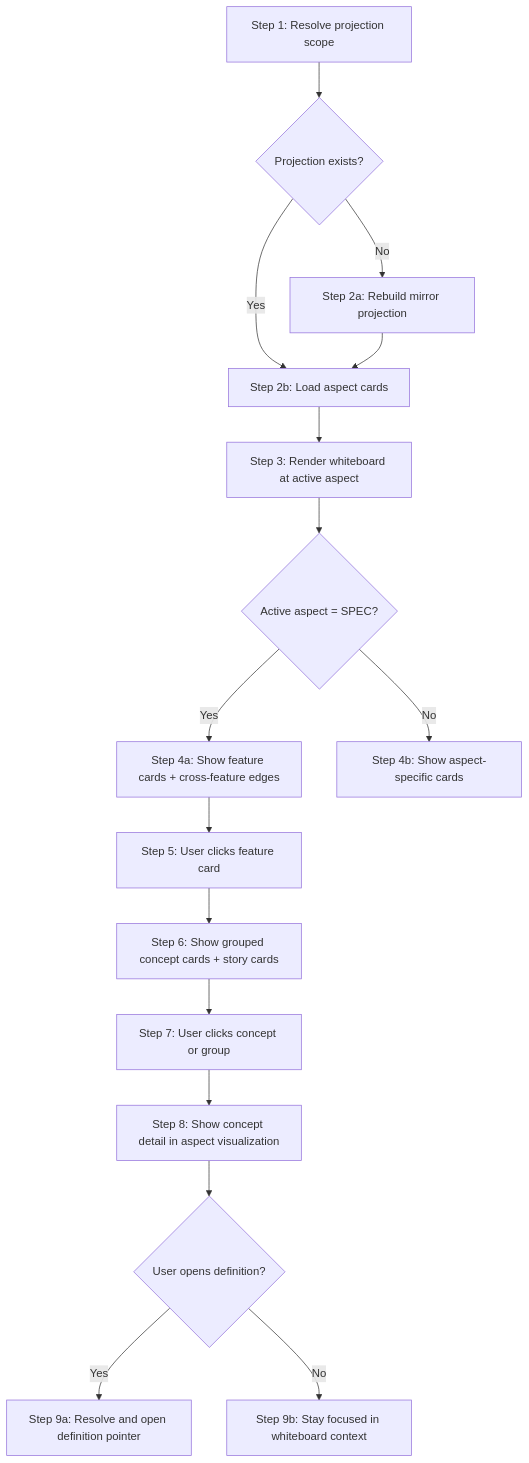
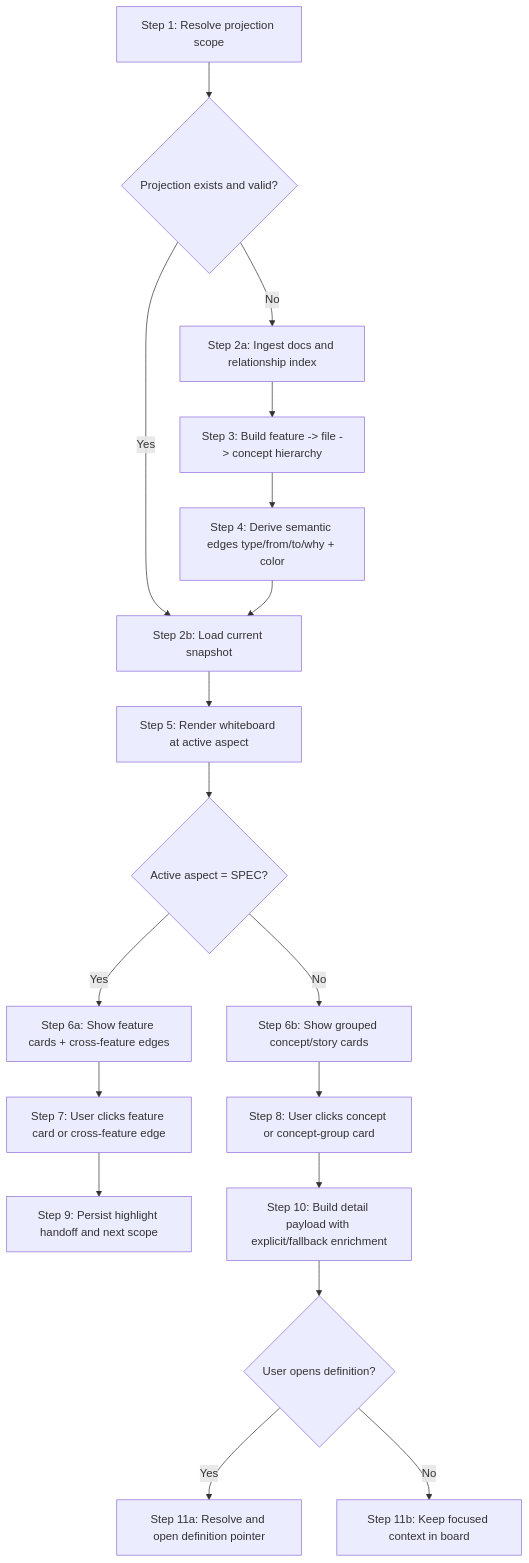
One commit to cyberAlchemyAI/domainspec changed the diagram in docs/features/knowledge-graph-visualization/workflows.md. Above: the diagram before and after it, drawn with Mermaid. The commit also changed other lines of this file and 85 other files, not shown here.

````diff
--- a/docs/features/knowledge-graph-visualization/workflows.md
+++ b/docs/features/knowledge-graph-visualization/workflows.md
@@ -13,18 +22,20 @@
 ```mermaid
 graph TD
-    A[Step 1: Resolve projection scope] --> B{Projection exists?}
-    B -->|No| C[Step 2a: Rebuild mirror projection]
-    B -->|Yes| D[Step 2b: Load aspect cards]
-    C --> D
-    D --> E[Step 3: Render whiteboard at active aspect]
-    E --> F{Active aspect = SPEC?}
-    F -->|Yes| G[Step 4a: Show feature cards + cross-feature edges]
-    F -->|No| H[Step 4b: Show aspect-specific cards]
-    G --> I[Step 5: User clicks feature card]
-    I --> J[Step 6: Show grouped concept cards + story cards]
-    J --> K[Step 7: User clicks concept or group]
-    K --> L[Step 8: Show concept detail in aspect visualization]
-    L --> M{User opens definition?}
-    M -->|Yes| N[Step 9a: Resolve and open definition pointer]
-    M -->|No| O[Step 9b: Stay focused in whiteboard context]
+    A[Step 1: Resolve projection scope] --> B{Projection exists and valid?}
+    B -->|No| C[Step 2a: Ingest docs and relationship index]
+    B -->|Yes| D[Step 2b: Load current snapshot]
+    C --> E[Step 3: Build feature -> file -> concept hierarchy]
+    E --> F[Step 4: Derive semantic edges type/from/to/why + color]
+    F --> D
+    D --> G[Step 5: Render whiteboard at active aspect]
+    G --> H{Active aspect = SPEC?}
+    H -->|Yes| I[Step 6a: Show feature cards + cross-feature edges]
+    H -->|No| J[Step 6b: Show grouped concept/story cards]
+    I --> K[Step 7: User clicks feature card or cross-feature edge]
+    J --> L[Step 8: User clicks concept or concept-group card]
+    K --> M[Step 9: Persist highlight handoff and next scope]
+    L --> N[Step 10: Build detail payload with explicit/fallback enrichment]
+    N --> O{User opens definition?}
+    O -->|Yes| P[Step 11a: Resolve and open definition pointer]
+    O -->|No| Q[Step 11b: Keep focused context in board]
 ```
````
